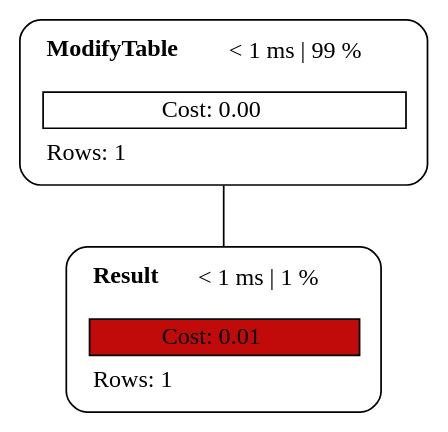
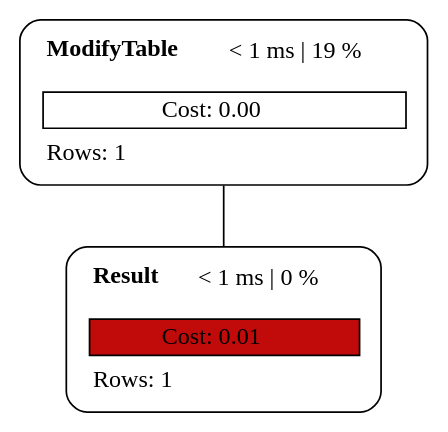
Before and after one commit to sanpii/explain: the diagram in examples/plan_trigger.dot, drawn with Graphviz. The commit also changed 13 other files, not shown here.

```diff
--- a/examples/plan_trigger.dot
+++ b/examples/plan_trigger.dot
@@ -1,5 +1,5 @@
 graph explain {
-    node0[label=<<table border="0" cellborder="0" cellspacing="5"><tr><td align="left"><b>ModifyTable</b></td><td>&lt; 1 ms | 99 %</td></tr><tr><td colspan="2" align="left"></td></tr><tr><td colspan="2" border="1" >Cost: 0.00</td></tr><tr><td colspan="2" align="left">Rows: 1</td></tr></table>>][style="rounded"][shape="box"];
-    node1[label=<<table border="0" cellborder="0" cellspacing="5"><tr><td align="left"><b>Result</b></td><td>&lt; 1 ms | 1 %</td></tr><tr><td colspan="2" align="left"></td></tr><tr><td colspan="2" border="1" bgcolor="#c10a0a">Cost: 0.01</td></tr><tr><td colspan="2" align="left">Rows: 1</td></tr></table>>][style="rounded"][shape="box"];
+    node0[label=<<table border="0" cellborder="0" cellspacing="5"><tr><td align="left"><b>ModifyTable</b></td><td>&lt; 1 ms | 19 %</td></tr><tr><td colspan="2" align="left"></td></tr><tr><td colspan="2" border="1" >Cost: 0.00</td></tr><tr><td colspan="2" align="left">Rows: 1</td></tr></table>>][style="rounded"][shape="box"];
+    node1[label=<<table border="0" cellborder="0" cellspacing="5"><tr><td align="left"><b>Result</b></td><td>&lt; 1 ms | 0 %</td></tr><tr><td colspan="2" align="left"></td></tr><tr><td colspan="2" border="1" bgcolor="#c10a0a">Cost: 0.01</td></tr><tr><td colspan="2" align="left">Rows: 1</td></tr></table>>][style="rounded"][shape="box"];
     node0 -- node1[label=""];
 }
```
